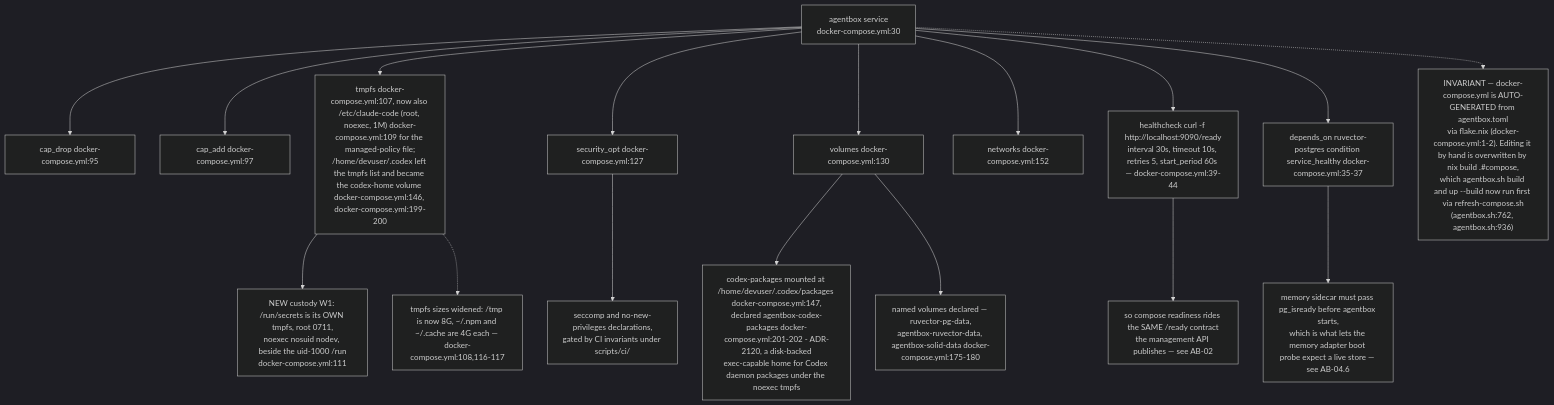
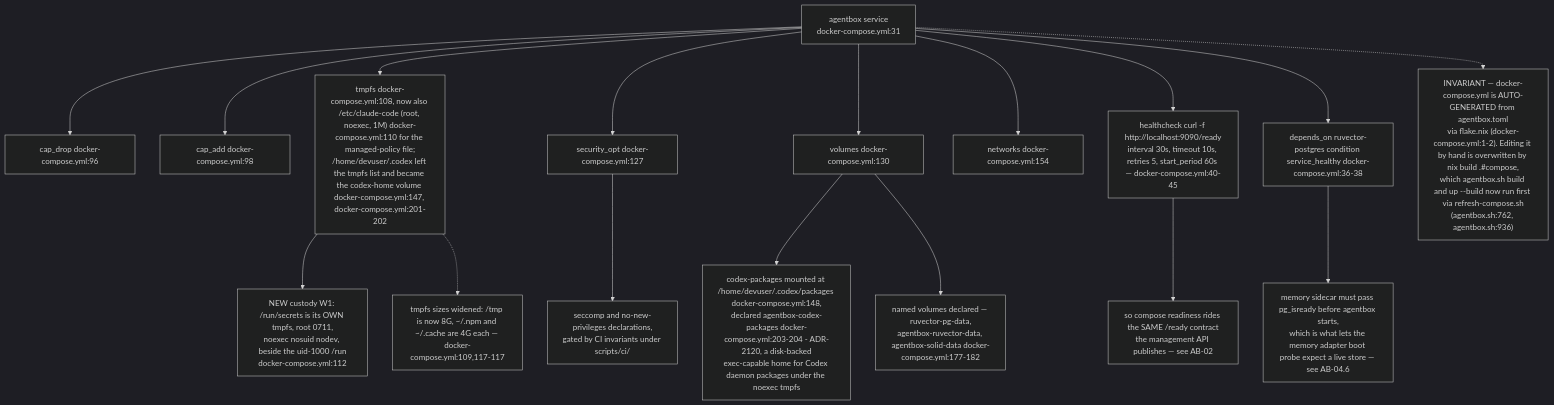
The eighth of 14 diagrams in docs/diagrams/agentbox/06-sidecars-and-compose-overlays.md (DreamLab-AI/VisionFlow), drawn with Mermaid (dark theme) before and after one commit. The commit also changed other lines of this file, not shown here.

````diff
--- a/docs/diagrams/agentbox/06-sidecars-and-compose-overlays.md
+++ b/docs/diagrams/agentbox/06-sidecars-and-compose-overlays.md
@@ -248,19 +262,19 @@
 ```mermaid
 flowchart TD
-    AB["agentbox service<br/>docker-compose.yml:30"] --> CD["cap_drop docker-compose.yml:95"]
-    AB --> CA2["cap_add docker-compose.yml:97"]
-    AB --> TM["tmpfs docker-compose.yml:107, now also /etc/claude-code (root, noexec, 1M) docker-compose.yml:109 for the managed-policy file;<br/>/home/devuser/.codex left the tmpfs list and became the codex-home volume docker-compose.yml:146, docker-compose.yml:199-200"]
-    TM --> SEC["NEW custody W1: /run/secrets is its OWN tmpfs, root 0711,<br/>noexec nosuid nodev, beside the uid-1000 /run<br/>docker-compose.yml:111"]
+    AB["agentbox service<br/>docker-compose.yml:31"] --> CD["cap_drop docker-compose.yml:96"]
+    AB --> CA2["cap_add docker-compose.yml:98"]
+    AB --> TM["tmpfs docker-compose.yml:108, now also /etc/claude-code (root, noexec, 1M) docker-compose.yml:110 for the managed-policy file;<br/>/home/devuser/.codex left the tmpfs list and became the codex-home volume docker-compose.yml:147, docker-compose.yml:201-202"]
+    TM --> SEC["NEW custody W1: /run/secrets is its OWN tmpfs, root 0711,<br/>noexec nosuid nodev, beside the uid-1000 /run<br/>docker-compose.yml:112"]
     AB --> SO["security_opt docker-compose.yml:127"]
     AB --> VOL["volumes docker-compose.yml:130"]
-    AB --> NET["networks docker-compose.yml:152"]
+    AB --> NET["networks docker-compose.yml:154"]
     SO --> SCC["seccomp and no-new-privileges declarations,<br/>gated by CI invariants under scripts/ci/"]
-    VOL --> CXP["codex-packages mounted at /home/devuser/.codex/packages docker-compose.yml:147,<br/>declared agentbox-codex-packages docker-compose.yml:201-202 - ADR-2120, a disk-backed<br/>exec-capable home for Codex daemon packages under the noexec tmpfs"]
-    VOL --> NV["named volumes declared — ruvector-pg-data,<br/>agentbox-ruvector-data, agentbox-solid-data docker-compose.yml:175-180"]
-    AB --> HC["healthcheck curl -f http://localhost:9090/ready<br/>interval 30s, timeout 10s, retries 5, start_period 60s — docker-compose.yml:39-44"]
+    VOL --> CXP["codex-packages mounted at /home/devuser/.codex/packages docker-compose.yml:148,<br/>declared agentbox-codex-packages docker-compose.yml:203-204 - ADR-2120, a disk-backed<br/>exec-capable home for Codex daemon packages under the noexec tmpfs"]
+    VOL --> NV["named volumes declared — ruvector-pg-data,<br/>agentbox-ruvector-data, agentbox-solid-data docker-compose.yml:177-182"]
+    AB --> HC["healthcheck curl -f http://localhost:9090/ready<br/>interval 30s, timeout 10s, retries 5, start_period 60s — docker-compose.yml:40-45"]
     HC --> RDY["so compose readiness rides the SAME /ready contract<br/>the management API publishes — see AB-02"]
-    AB --> DEP["depends_on ruvector-postgres condition service_healthy docker-compose.yml:35-37"]
+    AB --> DEP["depends_on ruvector-postgres condition service_healthy docker-compose.yml:36-38"]
     DEP --> ORD["memory sidecar must pass pg_isready before agentbox starts,<br/>which is what lets the memory adapter boot probe expect a live store — see AB-04.6"]
     AB -.-> GEN["INVARIANT — docker-compose.yml is AUTO-GENERATED from agentbox.toml<br/>via flake.nix (docker-compose.yml:1-2). Editing it by hand is overwritten by nix build .#compose,<br/>which agentbox.sh build and up --build now run first via refresh-compose.sh<br/>(agentbox.sh:762, agentbox.sh:936)"]
-    TM -.-> TMS["tmpfs sizes widened: /tmp is now 8G, ~/.npm and ~/.cache are 4G each — docker-compose.yml:108,116-117"]
+    TM -.-> TMS["tmpfs sizes widened: /tmp is now 8G, ~/.npm and ~/.cache are 4G each — docker-compose.yml:109,117-117"]
 ```
````
